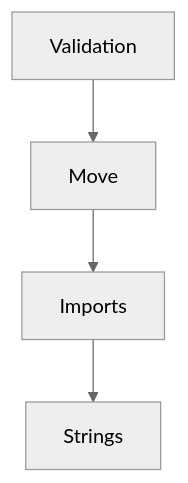
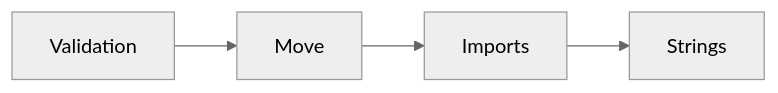
The diagram in ARCHITECTURE.md (benchling/refac), drawn with Mermaid (neutral theme) before and after one commit.

````diff
--- a/ARCHITECTURE.md
+++ b/ARCHITECTURE.md
@@ -12,6 +12,6 @@
 ```mermaid
-graph TD;
+graph LR;
     Validation-->Move;
     Move-->Imports;
     Imports-->Strings;
 ```
````
